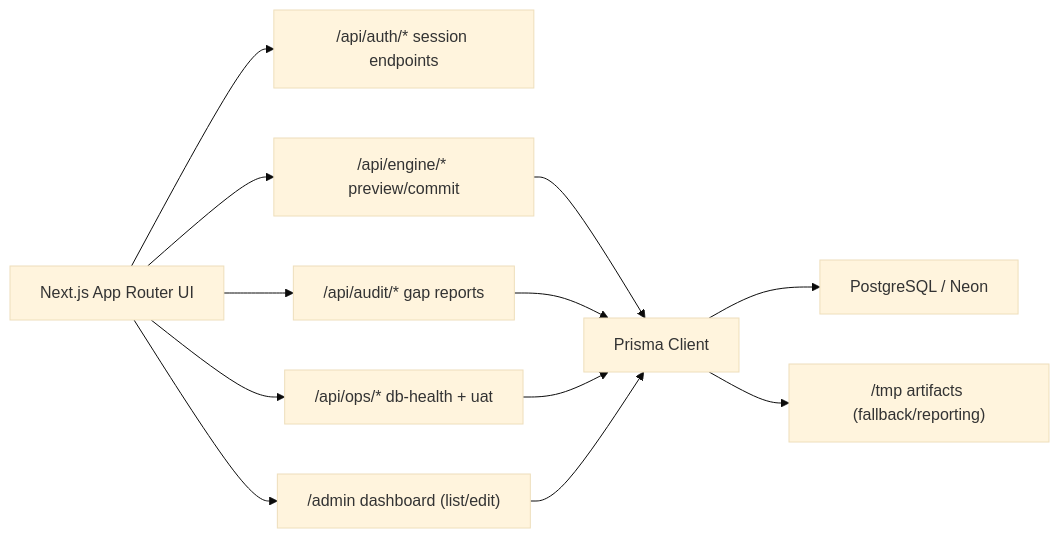
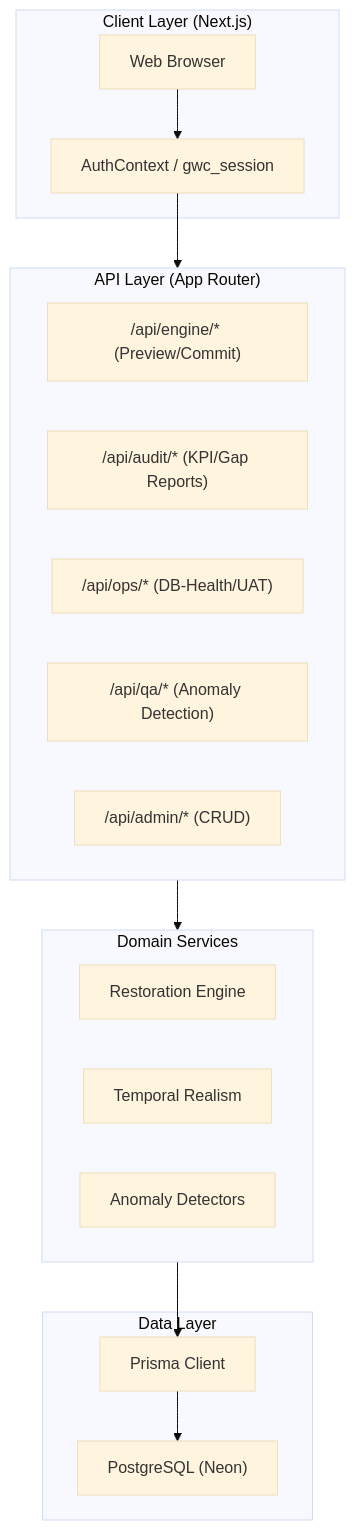
One commit to gUBII/chartgen changed the first of 4 diagrams in README.md. Above: the diagram before and after it, drawn with Mermaid (base theme). The commit also changed other lines of this file and 10 other files, not shown here.

````diff
--- a/README.md
+++ b/README.md
@@ -92,14 +92,32 @@
 ```mermaid
-flowchart LR
-  Browser["Next.js App Router UI"] --> Auth["/api/auth/* session endpoints"]
-  Browser --> Engine["/api/engine/* preview/commit"]
-  Browser --> Audit["/api/audit/* gap reports"]
-  Browser --> Ops["/api/ops/* db-health + uat"]
-  Browser --> Admin["/admin dashboard (list/edit)"]
-  Engine --> Prisma["Prisma Client"]
-  Audit --> Prisma
-  Ops --> Prisma
-  Admin --> Prisma
-  Prisma --> Postgres["PostgreSQL / Neon"]
-  Prisma --> Tmp["/tmp artifacts (fallback/reporting)"]
+flowchart TD
+    subgraph Client ["Client Layer (Next.js)"]
+        UI["Web Browser"]
+        AuthCtx["AuthContext / gwc_session"]
+    end
+
+    subgraph API ["API Layer (App Router)"]
+        Engine["/api/engine/* (Preview/Commit)"]
+        Audit["/api/audit/* (KPI/Gap Reports)"]
+        Ops["/api/ops/* (DB-Health/UAT)"]
+        QA["/api/qa/* (Anomaly Detection)"]
+        AdminAPI["/api/admin/* (CRUD)"]
+    end
+
+    subgraph Service ["Domain Services"]
+        RestoEng["Restoration Engine"]
+        Realism["Temporal Realism"]
+        Detector["Anomaly Detectors"]
+    end
+
+    subgraph Persistence ["Data Layer"]
+        Prisma["Prisma Client"]
+        Neon["PostgreSQL (Neon)"]
+    end
+
+    UI --> AuthCtx
+    AuthCtx --> API
+    API --> Service
+    Service --> Prisma
+    Prisma --> Neon
 ```
````
